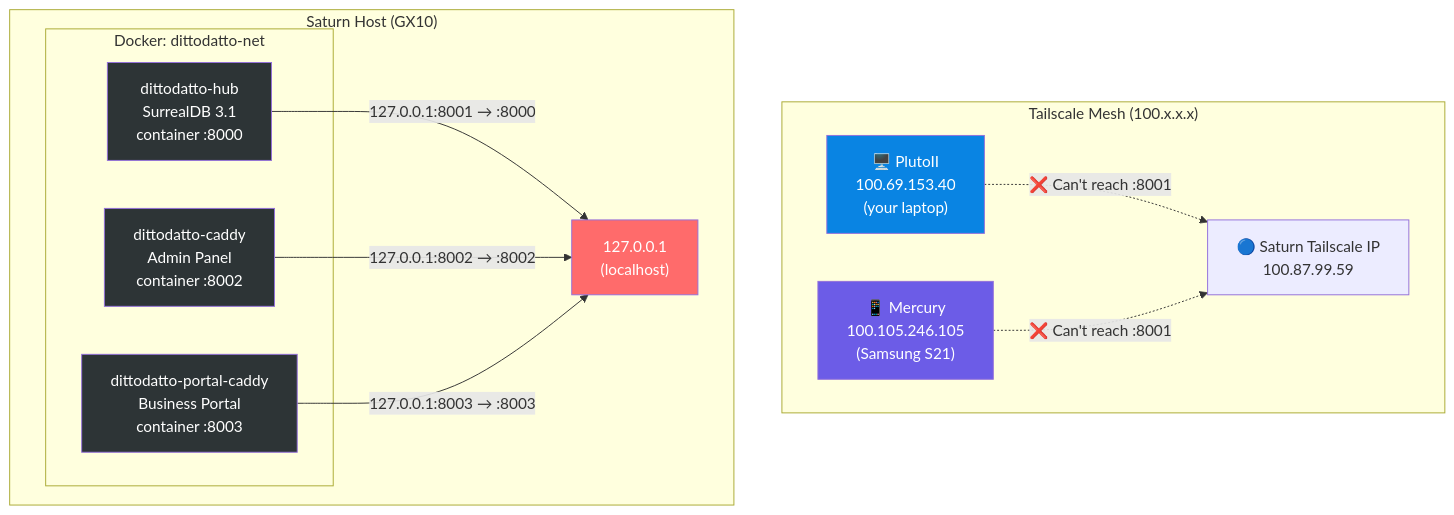
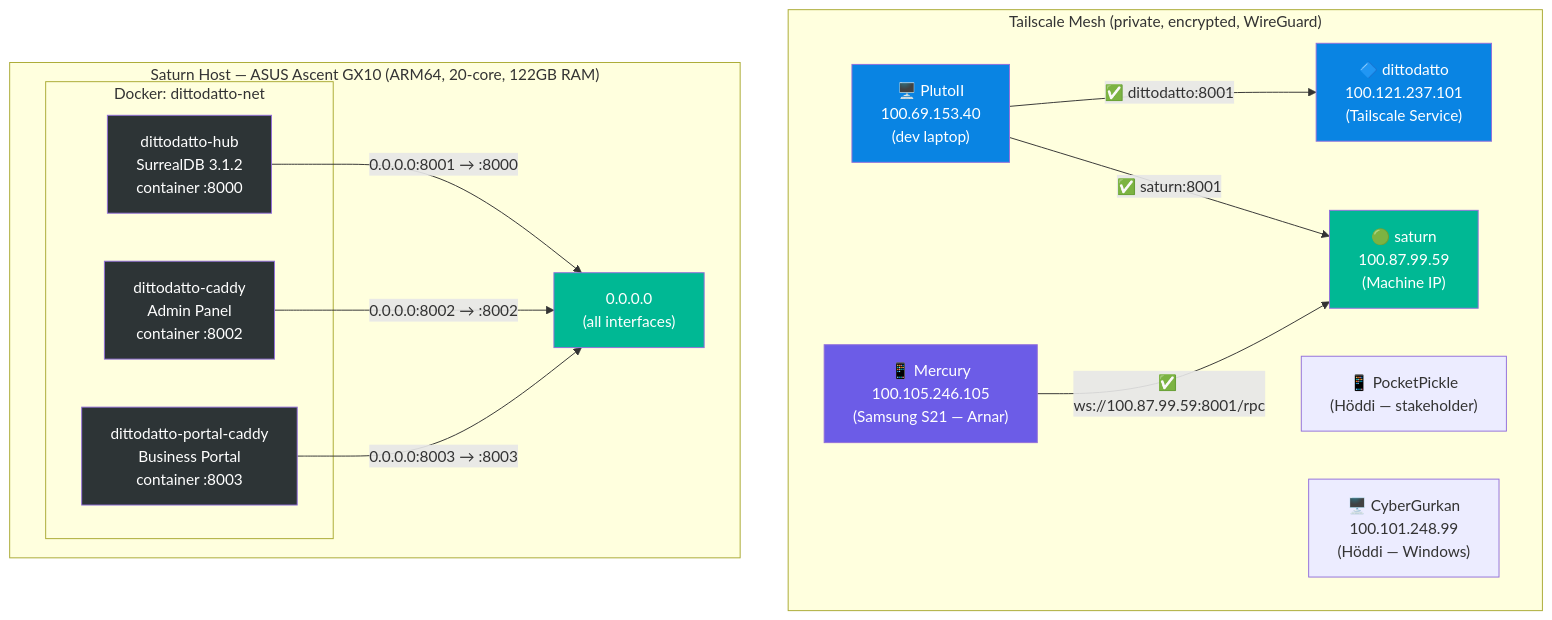
The diagram in conductor/docs/saturn-network-topology.md (ArnarValur/DittoDatto), drawn with Mermaid before and after one commit. The commit also changed other lines of this file, not shown here.

Commit message:
docs: update Saturn network topology — 0.0.0.0 binding, dual Tailscale IP

````diff
--- a/conductor/docs/saturn-network-topology.md
+++ b/conductor/docs/saturn-network-topology.md
@@ -5,32 +10,39 @@
 ```mermaid
 graph TB
-    subgraph tailscale["Tailscale Mesh (100.x.x.x)"]
-        pluto["🖥️ PlutoII<br/>100.69.153.40<br/>(your laptop)"]
-        mercury["📱 Mercury<br/>100.105.246.105<br/>(Samsung S21)"]
-        saturn_ts["🔵 Saturn Tailscale IP<br/>100.87.99.59"]
+    subgraph tailscale["Tailscale Mesh (private, encrypted, WireGuard)"]
+        pluto["🖥️ PlutoII<br/>100.69.153.40<br/>(dev laptop)"]
+        mercury["📱 Mercury<br/>100.105.246.105<br/>(Samsung S21 — Arnar)"]
+        pickle["📱 PocketPickle<br/>(Höddi — stakeholder)"]
+        gurkan["🖥️ CyberGurkan<br/>100.101.248.99<br/>(Höddi — Windows)"]
+        dd_service["🔷 dittodatto<br/>100.121.237.101<br/>(Tailscale Service)"]
+        saturn_machine["🟢 saturn<br/>100.87.99.59<br/>(Machine IP)"]
     end
 
-    subgraph saturn["Saturn Host (GX10)"]
-        saturn_ts
+    subgraph saturn["Saturn Host — ASUS Ascent GX10 (ARM64, 20-core, 122GB RAM)"]
+        saturn_machine
+        dd_service
         subgraph docker["Docker: dittodatto-net"]
-            hub["dittodatto-hub<br/>SurrealDB 3.1<br/>container :8000"]
+            hub["dittodatto-hub<br/>SurrealDB 3.1.2<br/>container :8000"]
             caddy_admin["dittodatto-caddy<br/>Admin Panel<br/>container :8002"]
             caddy_bp["dittodatto-portal-caddy<br/>Business Portal<br/>container :8003"]
         end
-        lo["127.0.0.1<br/>(localhost)"]
+        bind["0.0.0.0<br/>(all interfaces)"]
     end
 
-    hub -->|"127.0.0.1:8001 → :8000"| lo
-    caddy_admin -->|"127.0.0.1:8002 → :8002"| lo
-    caddy_bp -->|"127.0.0.1:8003 → :8003"| lo
+    hub -->|"0.0.0.0:8001 → :8000"| bind
+    caddy_admin -->|"0.0.0.0:8002 → :8002"| bind
+    caddy_bp -->|"0.0.0.0:8003 → :8003"| bind
 
-    pluto -.->|"❌ Can't reach :8001"| saturn_ts
-    mercury -.->|"❌ Can't reach :8001"| saturn_ts
+    pluto -->|"✅ dittodatto:8001"| dd_service
+    pluto -->|"✅ saturn:8001"| saturn_machine
+    mercury -->|"✅ ws://100.87.99.59:8001/rpc"| saturn_machine
 
-    style lo fill:#ff6b6b,color:#fff
+    style bind fill:#00b894,color:#fff
     style hub fill:#2d3436,color:#fff
     style caddy_admin fill:#2d3436,color:#fff
     style caddy_bp fill:#2d3436,color:#fff
     style mercury fill:#6c5ce7,color:#fff
     style pluto fill:#0984e3,color:#fff
+    style dd_service fill:#0984e3,color:#fff
+    style saturn_machine fill:#00b894,color:#fff
 ```
````
